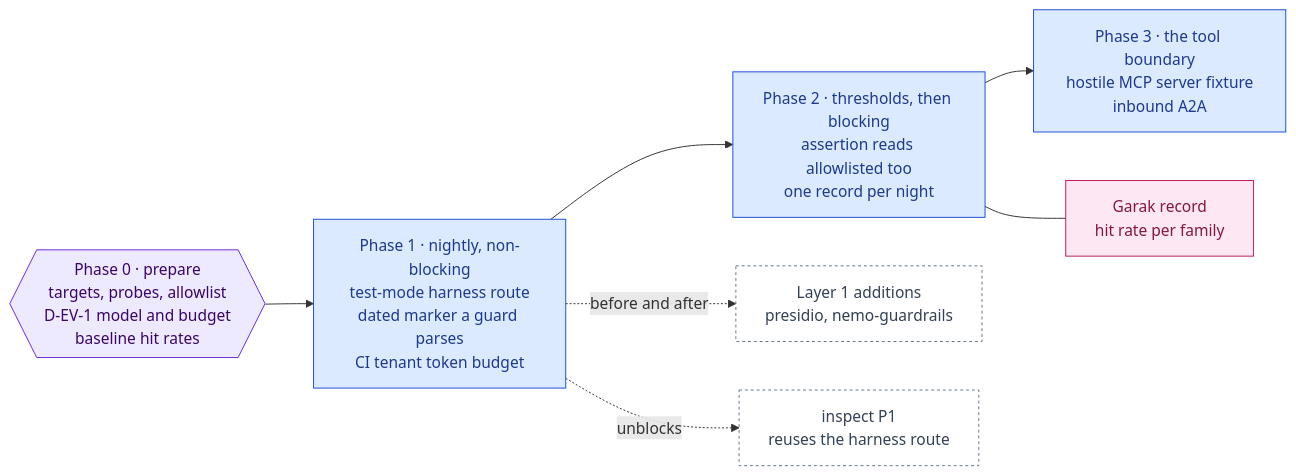
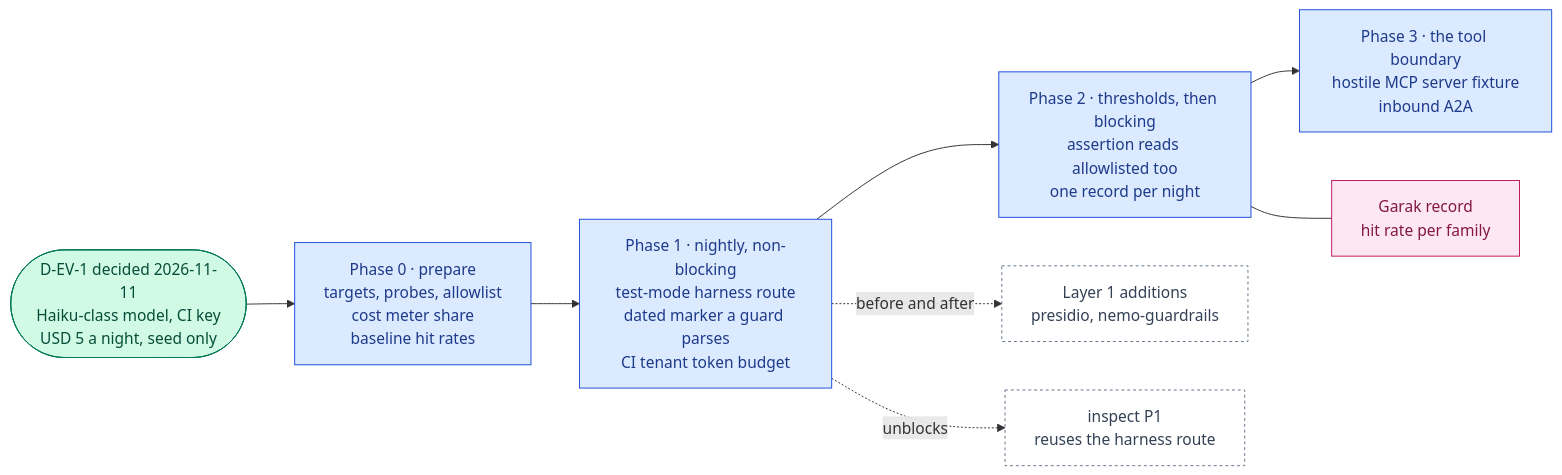
The diagram in docs/ai-architecture/garak.md (RodnaPamet/inflect-compliance), drawn with Mermaid before and after one commit. The commit also changed other lines of this file and 4 other files, not shown here.

````diff
--- a/docs/ai-architecture/garak.md
+++ b/docs/ai-architecture/garak.md
@@ -30,21 +33,22 @@
 ```mermaid
 flowchart LR
-  P0{{"Phase 0 · prepare<br/>targets, probes, allowlist<br/>D-EV-1 model and budget<br/>baseline hit rates"}}:::gate
+  DEV1(["D-EV-1 decided 2026-11-11<br/>Haiku-class model, CI key<br/>USD 5 a night, seed only"]):::done
+  P0["Phase 0 · prepare<br/>targets, probes, allowlist<br/>cost meter share<br/>baseline hit rates"]:::todo
   P1["Phase 1 · nightly, non-blocking<br/>test-mode harness route<br/>dated marker a guard parses<br/>CI tenant token budget"]:::todo
   P2["Phase 2 · thresholds, then blocking<br/>assertion reads allowlisted too<br/>one record per night"]:::todo
   P3["Phase 3 · the tool boundary<br/>hostile MCP server fixture<br/>inbound A2A"]:::todo
   L1["Layer 1 additions<br/>presidio, nemo-guardrails"]:::ext
   INS["inspect P1<br/>reuses the harness route"]:::ext
   REC["Garak record<br/>hit rate per family"]:::eval
-  P0 --> P1 --> P2 --> P3
+  DEV1 --> P0 --> P1 --> P2 --> P3
   P1 -.->|before and after| L1
   P1 -.->|unblocks| INS
   P2 --- REC
 
   classDef done fill:#d1fae5,stroke:#047857,color:#064e3b
   classDef todo fill:#dbeafe,stroke:#1d4ed8,color:#1e3a8a
   classDef gate fill:#ede9fe,stroke:#6d28d9,color:#3b0764
   classDef ext fill:#ffffff,stroke:#64748b,color:#334155,stroke-dasharray:3 3
   classDef eval fill:#fce7f3,stroke:#be185d,color:#831843
   classDef declined fill:#f3f4f6,stroke:#6b7280,color:#374151,stroke-dasharray:4 3
 ```
````
